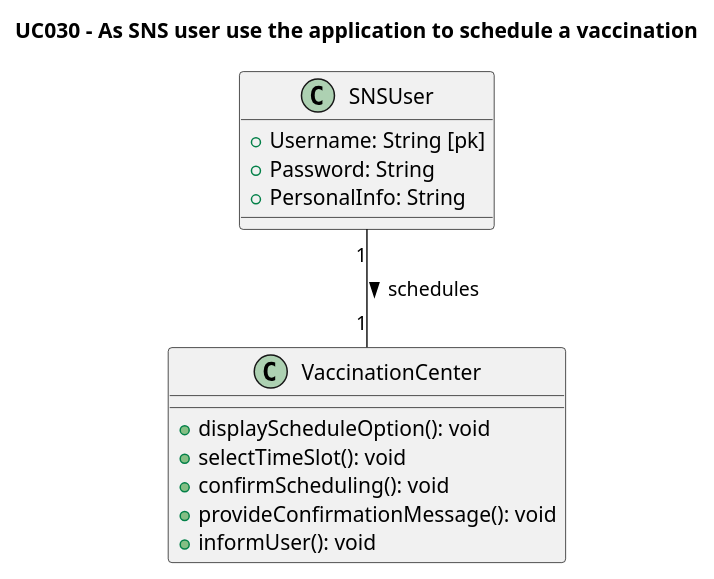
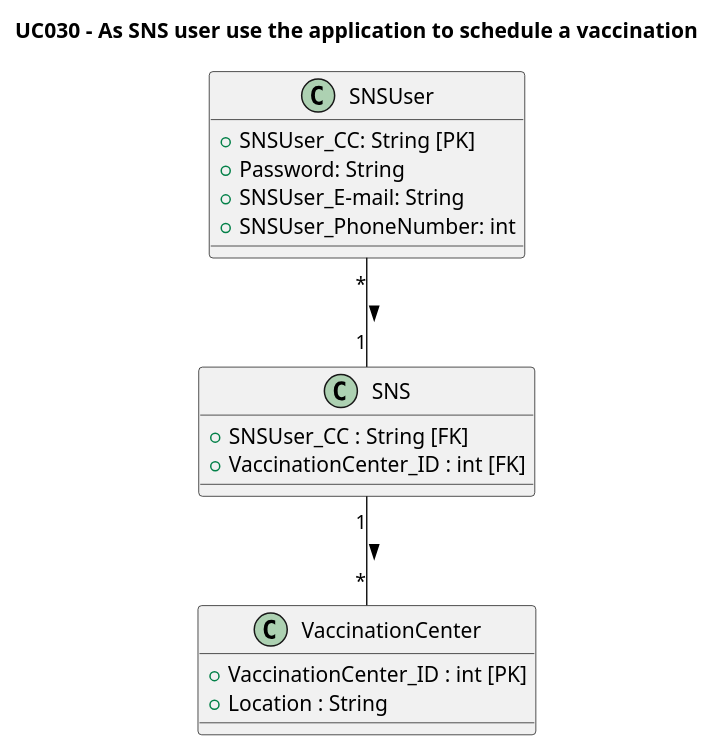
One commit to rafaafig/SnsTrab changed the diagram in sns-base/doc/global/use-cases/UC030/ucd-UCD030.puml. Above: the diagram before and after it, drawn with PlantUML. The commit also changed 1 other file, not shown here.

```diff
--- a/sns-base/doc/global/use-cases/UC030/ucd-UCD030.puml
+++ b/sns-base/doc/global/use-cases/UC030/ucd-UCD030.puml
@@ -1,23 +1,27 @@
 @startuml
 'skinparam monochrome true
 'skinparam shadowing false
 
 title UC030 - As SNS user use the application to schedule a vaccination
 
 class SNSUser {
-    +Username: String [pk]
-    +Password: String
-    +PersonalInfo: String
+    + SNSUser_CC: String [PK]
+    + Password: String
+    + SNSUser_E-mail: String
+    + SNSUser_PhoneNumber: int
 }
 
 class VaccinationCenter {
-    +displayScheduleOption(): void
-    +selectTimeSlot(): void
-    +confirmScheduling(): void
-    +provideConfirmationMessage(): void
-    +informUser(): void
+    + VaccinationCenter_ID : int [PK]
+    + Location : String
+}
+
+class SNS{
+    + SNSUser_CC : String [FK]
+    + VaccinationCenter_ID : int [FK]
 }
 
 ' Relationships
-SNSUser "1" -- "1" VaccinationCenter : schedules >
+SNSUser "*" -- "1" SNS :  >
+SNS "1" -- "*" VaccinationCenter :  >
 @enduml
```
